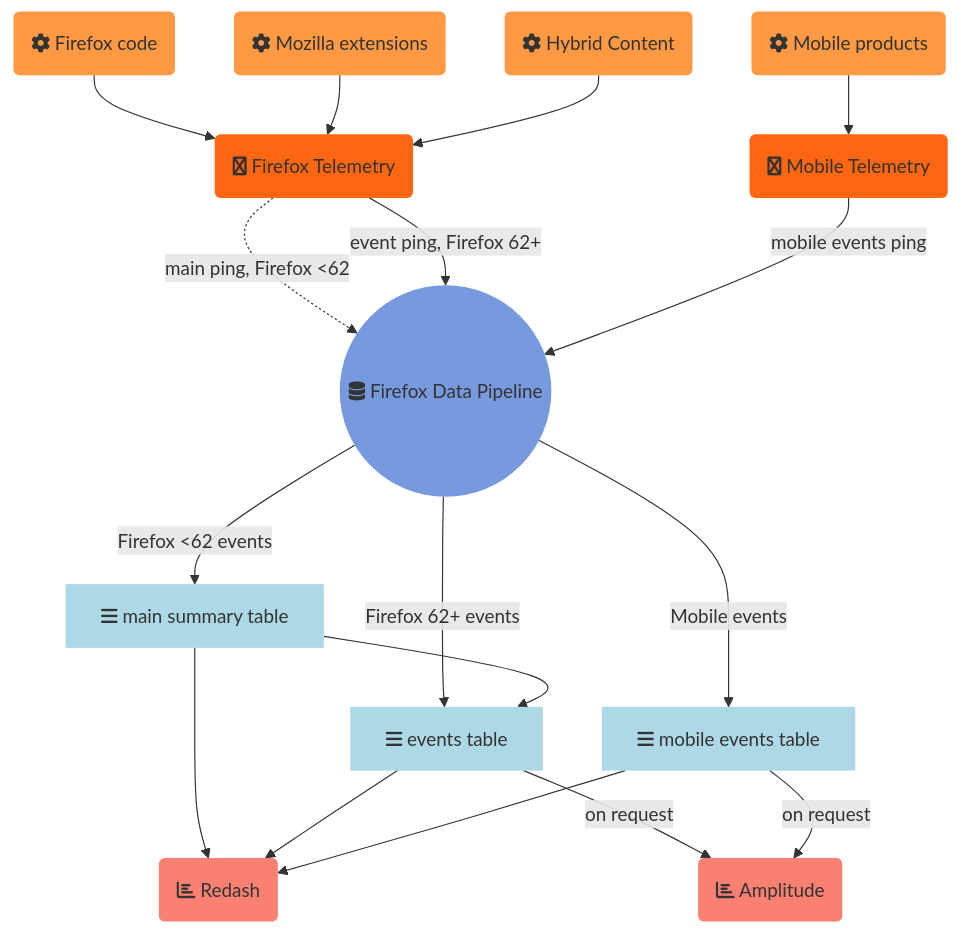
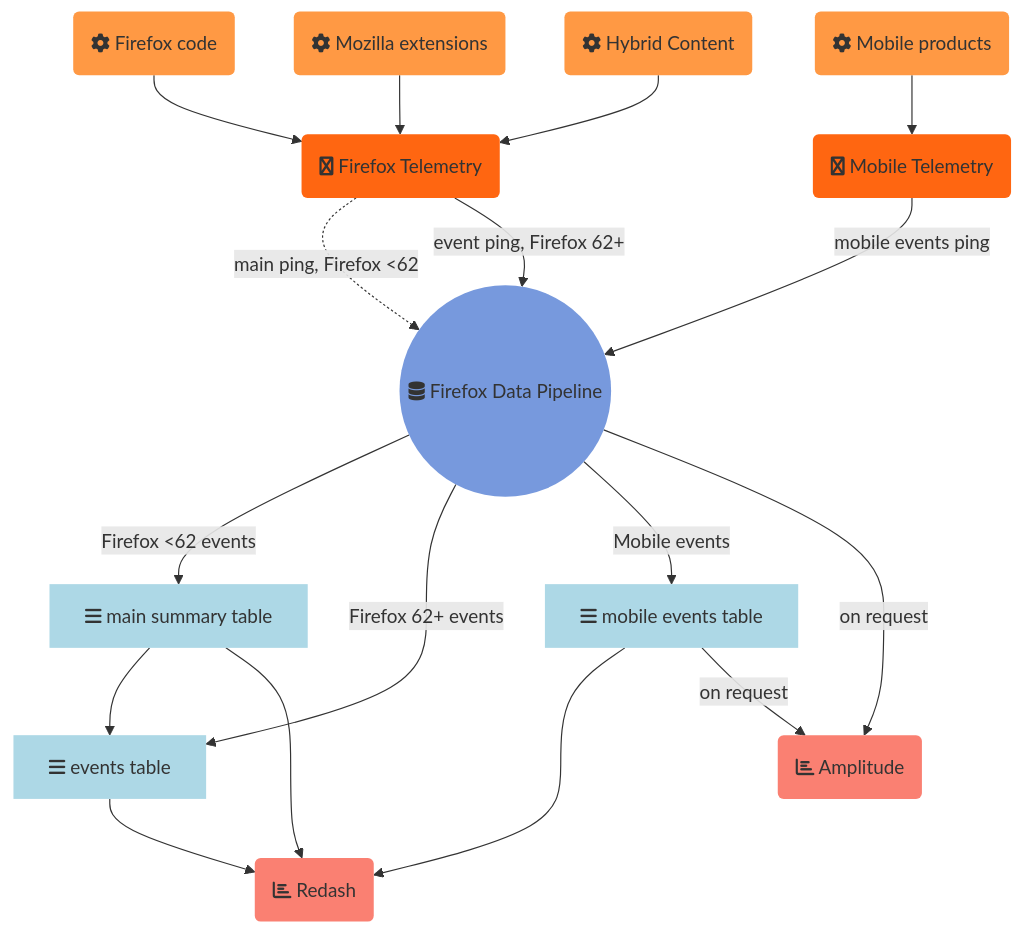
Before and after one commit to mozilla/data-docs: the diagram in src/concepts/pipeline/event_pipeline.md, drawn with Mermaid.

Commit message:
Changed events pipelining to Amplitude

````diff
--- a/src/concepts/pipeline/event_pipeline.md
+++ b/src/concepts/pipeline/event_pipeline.md
@@ -6,32 +6,32 @@
 ```mermaid
 graph TD
 fx_code(fa:fa-cog Firefox code) --> firefox(fa:fa-firefox Firefox Telemetry)
 fx_extensions(fa:fa-cog Mozilla extensions) --> firefox
 fx_hybrid(fa:fa-cog Hybrid Content) --> firefox
 mobile(fa:fa-cog Mobile products) --> mobile_telemetry(fa:fa-firefox Mobile Telemetry)
 firefox -.->|main ping, Firefox <62| pipeline((fa:fa-database Firefox Data Pipeline))
 firefox -->|event ping, Firefox 62+| pipeline
 mobile_telemetry --> |mobile events ping| pipeline
 pipeline -->|Firefox <62 events| main_summary[fa:fa-bars main summary table]
 pipeline -->|Firefox 62+ events| events_table[fa:fa-bars events table]
 main_summary --> events_table
 pipeline -->|Mobile events| mobile_events_table[fa:fa-bars mobile events table]
 main_summary --> redash(fa:fa-bar-chart Redash)
 events_table --> redash
-events_table -->|on request| amplitude(fa:fa-bar-chart Amplitude)
 mobile_events_table --> redash
 mobile_events_table -->|on request| amplitude
+pipeline -->|on request| amplitude(fa:fa-bar-chart Amplitude)
 
 style fx_code fill:#f94,stroke-width:0px
 style fx_extensions fill:#f94,stroke-width:0px
 style fx_hybrid fill:#f94,stroke-width:0px
 style mobile fill:#f94,stroke-width:0px
 style firefox fill:#f61,stroke-width:0px
 style mobile_telemetry fill:#f61,stroke-width:0px
 style pipeline fill:#79d,stroke-width:0px
 style main_summary fill:lightblue,stroke-width:0px
 style events_table fill:lightblue,stroke-width:0px
 style mobile_events_table fill:lightblue,stroke-width:0px
 style redash fill:salmon,stroke-width:0px
 style amplitude fill:salmon,stroke-width:0px
 ```
````
